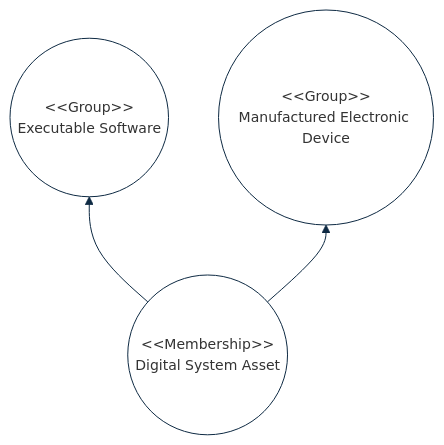
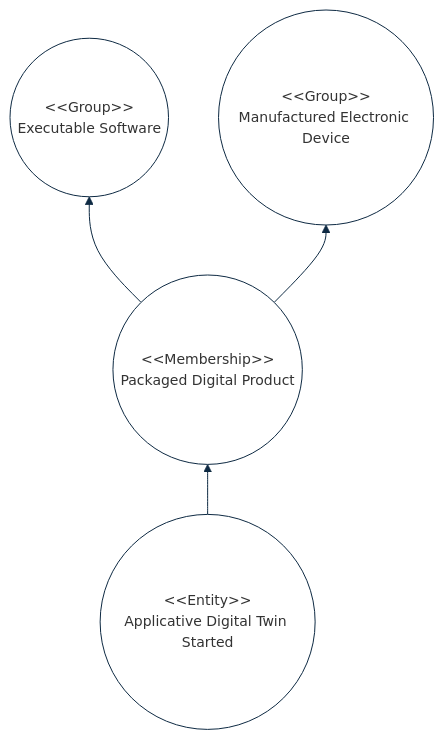
Before and after one commit to cybnity/foundation: the second of 2 diagrams in implementations-line/framework/immutable/README.md, drawn with Mermaid.

````diff
--- a/implementations-line/framework/immutable/README.md
+++ b/implementations-line/framework/immutable/README.md
@@ -135,29 +135,29 @@
 ```mermaid
 %%{
   init: {
     'theme': 'base',
     'themeVariables': {
         'background': '#ffffff',
         'fontFamily': 'arial',
         'fontSize': '14px',
         'primaryColor': '#fff',
         'primaryBorderColor': '#0e2a43',
         'secondaryBorderColor': '#0e2a43',
         'tertiaryBorderColor': '#0e2a43',
         'edgeLabelBackground':'#0e2a43',
         'lineColor': '#0e2a43',
         'tertiaryColor': '#fff'
     }
   }
 }%%
 flowchart BT
     software(("#60;#60;Group#62;#62;<br/>Executable Software"))
     electronicdevice(("#60;#60;Group#62;#62;<br/>Manufactured Electronic Device"))
-
-    system(("#60;#60;Membership#62;#62;<br/>Digital System Asset")) --> software
+    system(("#60;#60;Membership#62;#62;<br/>Packaged Digital Product")) --> software
     system --> electronicdevice
+    application(("#60;#60;Entity#62;#62;<br/>Applicative Digital Twin Started")) --> system
 
 
 
 
 ```
````
